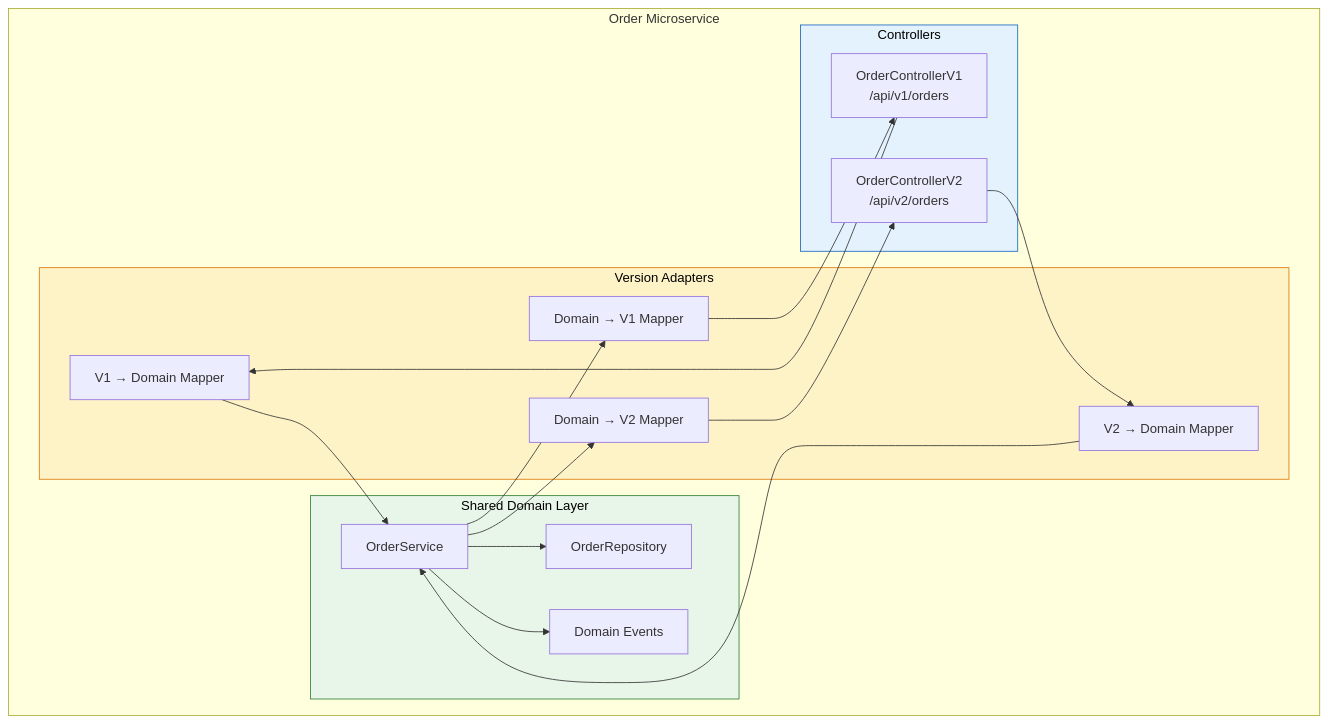
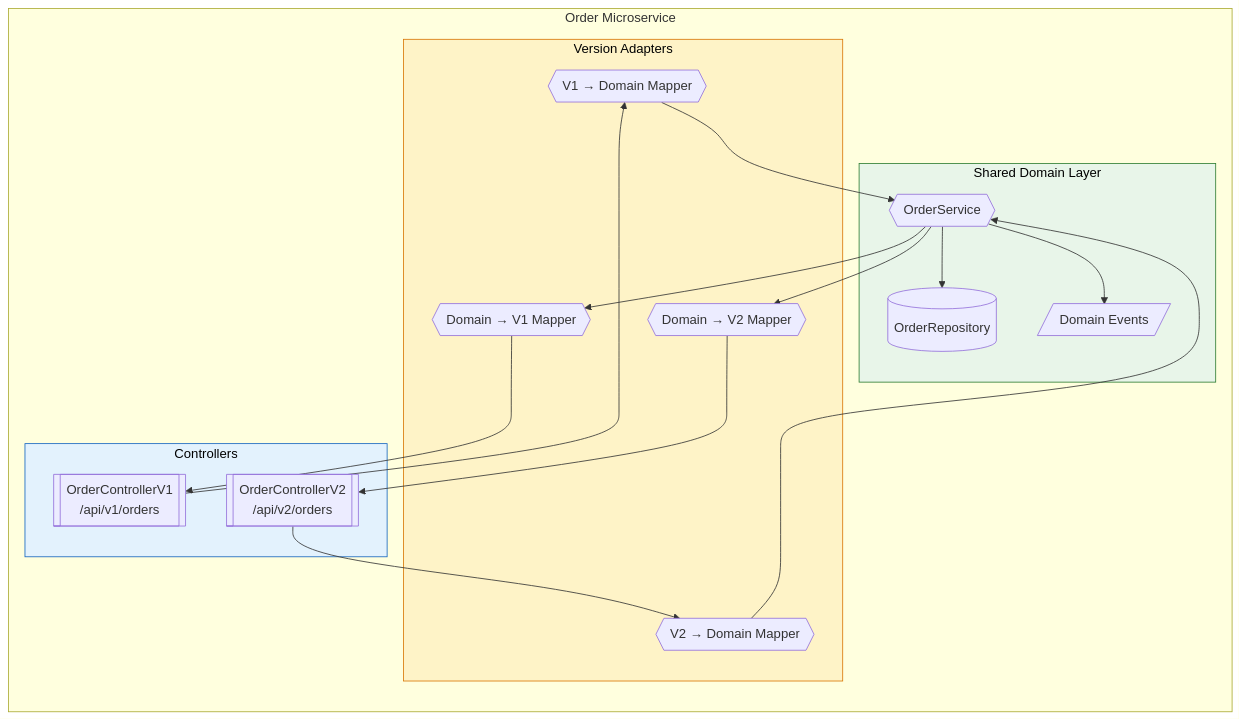
Before and after one commit to saivamsikaruturi/vamsilabs-dev-notes-main: the sixth of 6 diagrams in docs/microservices/api-versioning.md, drawn with Mermaid. The commit also changed other lines of this file and 146 other files, not shown here.

Commit message:
Horizontal diagrams, UML class diagrams, typography overhaul, and permalink cleanup

````diff
--- a/docs/microservices/api-versioning.md
+++ b/docs/microservices/api-versioning.md
@@ -792,33 +792,33 @@
 ```mermaid
-flowchart TD
+flowchart LR
     subgraph Service["Order Microservice"]
         subgraph Controllers
-            CV1["OrderControllerV1<br/>/api/v1/orders"]
-            CV2["OrderControllerV2<br/>/api/v2/orders"]
+            CV1[["OrderControllerV1<br/>/api/v1/orders"]]
+            CV2[["OrderControllerV2<br/>/api/v2/orders"]]
         end
         
         subgraph SharedDomain["Shared Domain Layer"]
-            OS["OrderService"]
-            OR["OrderRepository"]
-            EV["Domain Events"]
+            OS{{"OrderService"}}
+            OR[("OrderRepository")]
+            EV[/"Domain Events"/]
         end
         
         subgraph Mappers["Version Adapters"]
-            M1["V1 → Domain Mapper"]
-            M2["V2 → Domain Mapper"]
-            M3["Domain → V1 Mapper"]
-            M4["Domain → V2 Mapper"]
+            M1{{"V1 → Domain Mapper"}}
+            M2{{"V2 → Domain Mapper"}}
+            M3{{"Domain → V1 Mapper"}}
+            M4{{"Domain → V2 Mapper"}}
         end
     end
 
     CV1 --> M1 --> OS
     CV2 --> M2 --> OS
     OS --> OR
     OS --> EV
     OS --> M3 --> CV1
     OS --> M4 --> CV2
 
     style SharedDomain fill:#E8F5E9,stroke:#2E7D32,color:#000
     style Controllers fill:#E3F2FD,stroke:#1565C0,color:#000
     style Mappers fill:#FEF3C7,stroke:#D97706,color:#000
 ```
````
